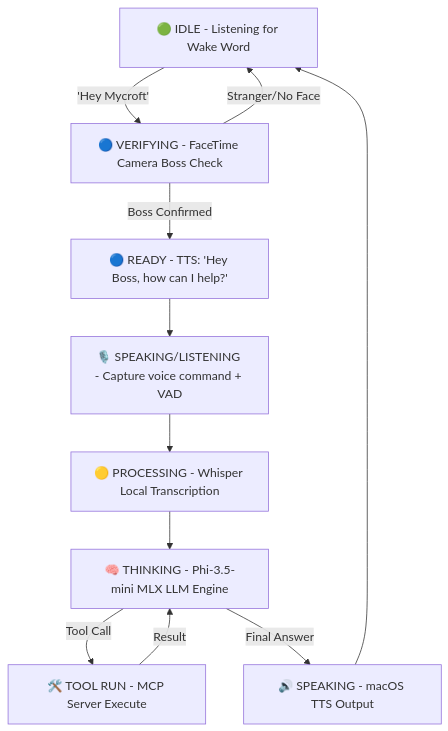
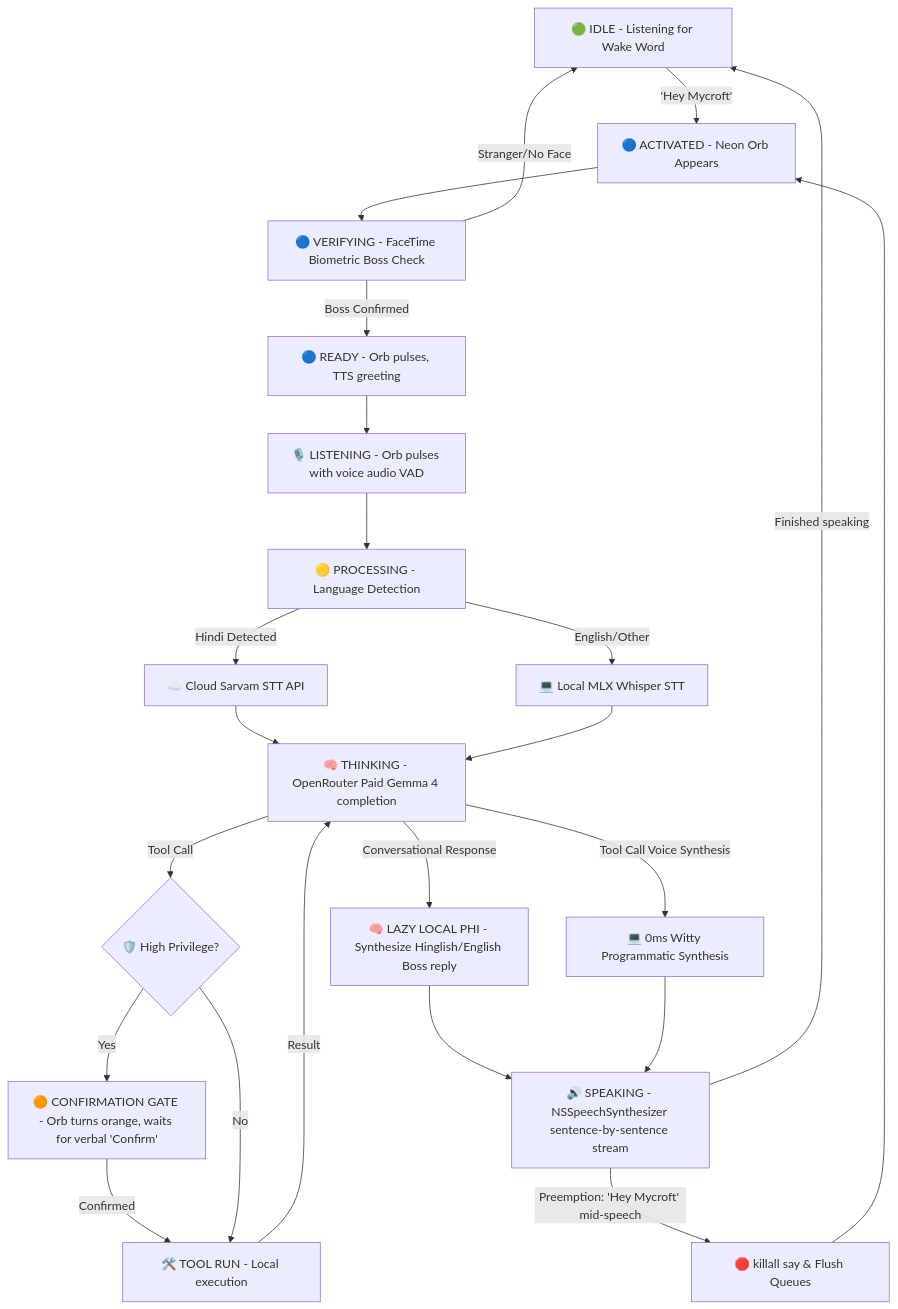
Before and after one commit to Khatuaryan/Friday: the diagram in README.md, drawn with Mermaid. The commit also changed other lines of this file and 22 other files, not shown here.

````diff
--- a/README.md
+++ b/README.md
@@ -58,13 +52,23 @@
 ```mermaid
-graph TD
-    Idle[🟢 IDLE - Listening for Wake Word] -->|'Hey Mycroft'| Verifying[🔵 VERIFYING - FaceTime Camera Boss Check]
-    Verifying -->|Boss Confirmed| Ready[🔵 READY - TTS: 'Hey Boss, how can I help?']
+flowchart TD
+    Idle[🟢 IDLE - Listening for Wake Word] -->|'Hey Mycroft'| Active[🔵 ACTIVATED - Neon Orb Appears]
+    Active --> Verifying[🔵 VERIFYING - FaceTime Biometric Boss Check]
+    Verifying -->|Boss Confirmed| Ready[🔵 READY - Orb pulses, TTS greeting]
     Verifying -->|Stranger/No Face| Idle
-    Ready --> Listening[🎙️ SPEAKING/LISTENING - Capture voice command + VAD]
-    Listening --> Processing[🟡 PROCESSING - Whisper Local Transcription]
-    Processing --> Think[🧠 THINKING - Phi-3.5-mini MLX LLM Engine]
-    Think -->|Tool Call| ToolExec[🛠️ TOOL RUN - MCP Server Execute]
+    Ready --> Listening[🎙️ LISTENING - Orb pulses with voice audio VAD]
+    Listening --> Processing[🟡 PROCESSING - Language Detection]
+    Processing -->|Hindi Detected| Sarvam[☁️ Cloud Sarvam STT API]
+    Processing -->|English/Other| LocalWhisper[💻 Local MLX Whisper STT]
+    Sarvam & LocalWhisper --> Think[🧠 THINKING - OpenRouter Paid Gemma 4 completion]
+    Think -->|Tool Call| Confirmation{🛡️ High Privilege?}
+    Confirmation -->|Yes| VerbalGate[🟠 CONFIRMATION GATE - Orb turns orange, waits for verbal 'Confirm']
+    VerbalGate -->|Confirmed| ToolExec[🛠️ TOOL RUN - Local execution]
+    Confirmation -->|No| ToolExec
     ToolExec -->|Result| Think
-    Think -->|Final Answer| Speaking[🔊 SPEAKING - macOS TTS Output]
-    Speaking --> Idle
+    Think -->|Conversational Response| Phi[🧠 LAZY LOCAL PHI - Synthesize Hinglish/English Boss reply]
+    Think -->|Tool Call Voice Synthesis| Programmatic[💻 0ms Witty Programmatic Synthesis]
+    Phi & Programmatic --> Speaking[🔊 SPEAKING - NSSpeechSynthesizer sentence-by-sentence stream]
+    Speaking -->|Preemption: 'Hey Mycroft' mid-speech| KillTTS[🛑 killall say & Flush Queues]
+    KillTTS --> Active
+    Speaking -->|Finished speaking| Idle
 ```
````
